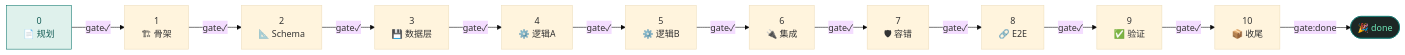
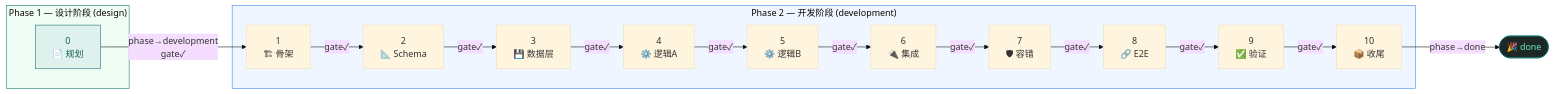
One commit to qi9zg202-source/vibecodingworkflow changed the diagram in docs/session-map.md. Above: the diagram before and after it, drawn with Mermaid (base theme). The commit also changed other lines of this file and 7 other files, not shown here.

First line of the commit message:
Redesign workflow into two-phase architecture

````diff
--- a/docs/session-map.md
+++ b/docs/session-map.md
@@ -51,22 +68,31 @@
 ```mermaid
 graph LR
-    S0["0\n📄 规划"]
-    S1["1\n🏗 骨架"]
-    S2["2\n📐 Schema"]
-    S3["3\n💾 数据层"]
-    S4["4\n⚙️ 逻辑A"]
-    S5["5\n⚙️ 逻辑B"]
-    S6["6\n🔌 集成"]
-    S7["7\n🛡 容错"]
-    S8["8\n🔗 E2E"]
-    S9["9\n✅ 验证"]
-    S10["10\n📦 收尾"]
+    subgraph DESIGN["Phase 1 — 设计阶段 (design)"]
+        S0["0\n📄 规划"]
+    end
+
+    subgraph DEV["Phase 2 — 开发阶段 (development)"]
+        S1["1\n🏗 骨架"]
+        S2["2\n📐 Schema"]
+        S3["3\n💾 数据层"]
+        S4["4\n⚙️ 逻辑A"]
+        S5["5\n⚙️ 逻辑B"]
+        S6["6\n🔌 集成"]
+        S7["7\n🛡 容错"]
+        S8["8\n🔗 E2E"]
+        S9["9\n✅ 验证"]
+        S10["10\n📦 收尾"]
+    end
+
     END(["🎉 done"])
 
-    S0 -->|gate✓| S1 -->|gate✓| S2 -->|gate✓| S3 -->|gate✓| S4
+    S0 -->|"phase→development\ngate✓"| S1
+    S1 -->|gate✓| S2 -->|gate✓| S3 -->|gate✓| S4
     S4 -->|gate✓| S5 -->|gate✓| S6 -->|gate✓| S7 -->|gate✓| S8
-    S8 -->|gate✓| S9 -->|gate✓| S10 -->|gate:done| END
+    S8 -->|gate✓| S9 -->|gate✓| S10 -->|"phase→done"| END
 
     style S0 fill:#dff1ec,stroke:#0f766e,color:#155e57
+    style DESIGN fill:#f0fdf4,stroke:#0f766e
+    style DEV fill:#eff6ff,stroke:#3b82f6
     style END fill:#1d2725,color:#6ee7b7,stroke:#0f766e
 ```
````
